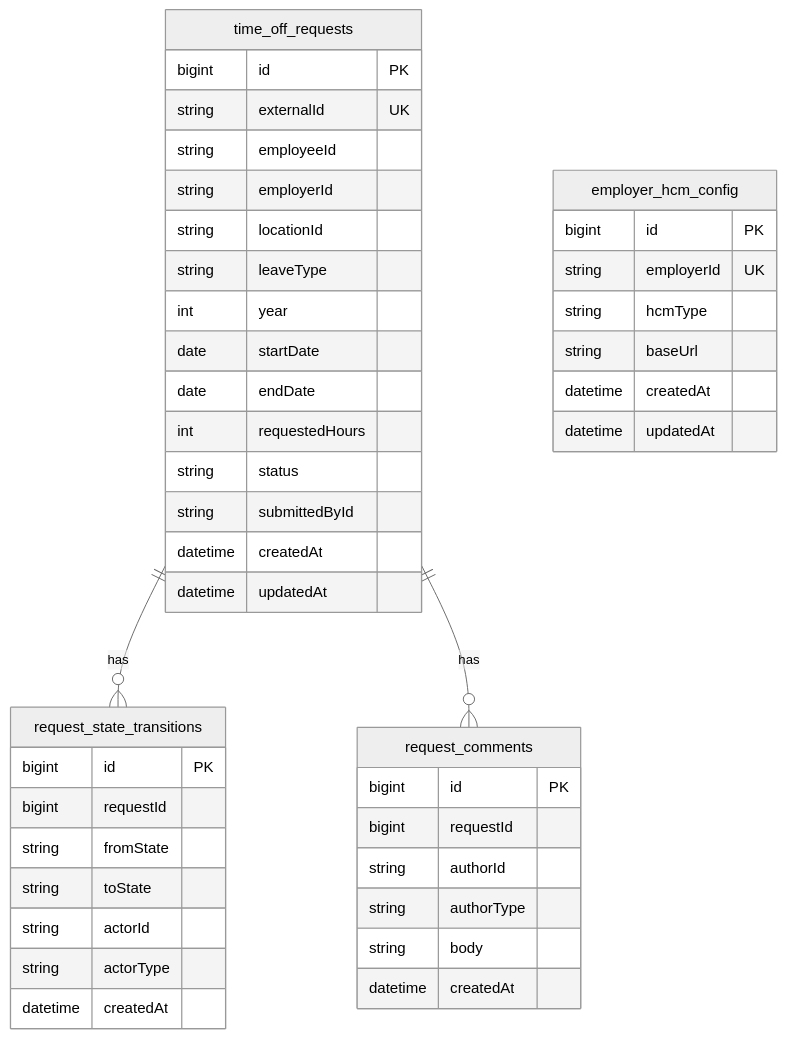
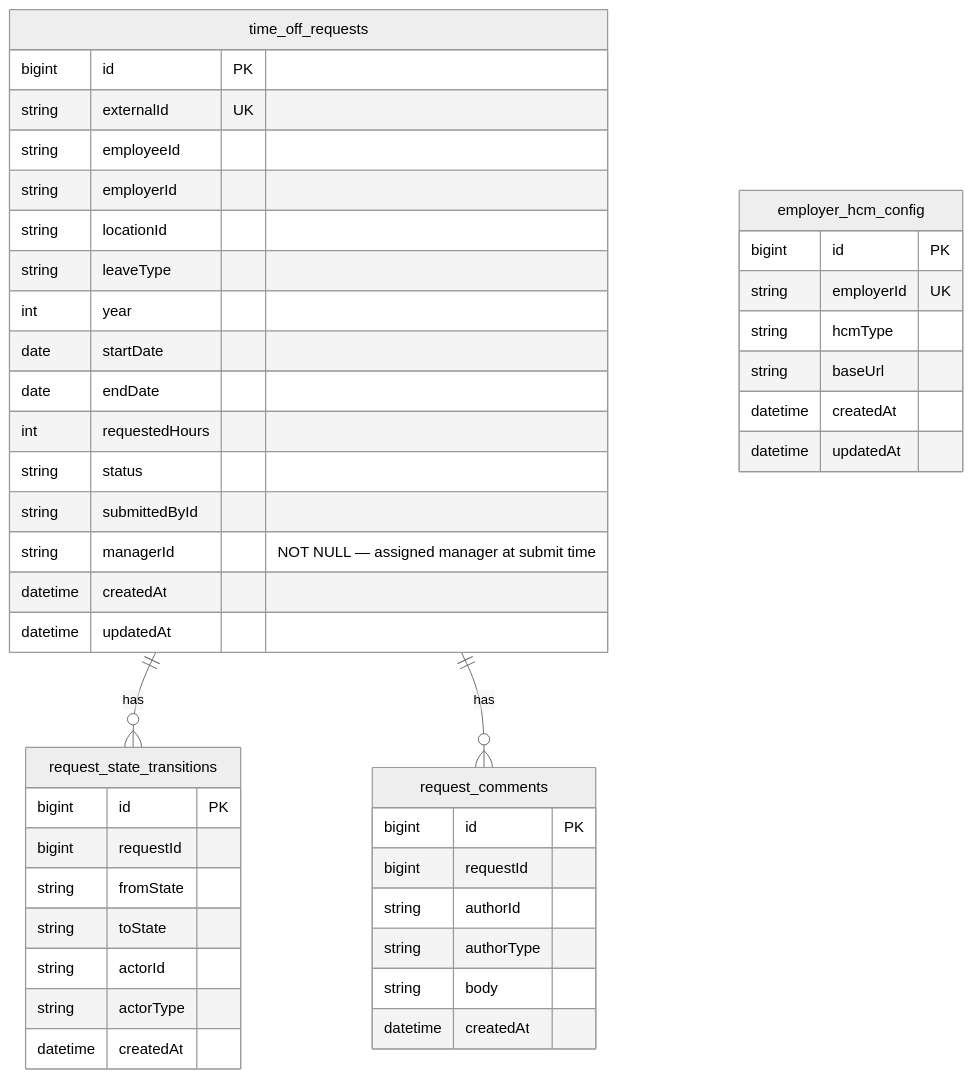
One commit to jayanth-veeravalli/time-off-service changed the second of 10 diagrams in docs/TRD.md. Above: the diagram before and after it, drawn with Mermaid (neutral theme). The commit also changed other lines of this file and 111 other files, not shown here.

````diff
--- a/docs/TRD.md
+++ b/docs/TRD.md
@@ -250,50 +248,51 @@
 ```mermaid
 erDiagram
     time_off_requests {
         bigint id PK
         string externalId UK
         string employeeId
         string employerId
         string locationId
         string leaveType
         int year
         date startDate
         date endDate
         int requestedHours
         string status
         string submittedById
+        string managerId "NOT NULL — assigned manager at submit time"
         datetime createdAt
         datetime updatedAt
     }
 
     request_state_transitions {
         bigint id PK
         bigint requestId
         string fromState
         string toState
         string actorId
         string actorType
         datetime createdAt
     }
 
     request_comments {
         bigint id PK
         bigint requestId
         string authorId
         string authorType
         string body
         datetime createdAt
     }
 
     employer_hcm_config {
         bigint id PK
         string employerId UK
         string hcmType
         string baseUrl
         datetime createdAt
         datetime updatedAt
     }
 
     time_off_requests ||--o{ request_state_transitions : "has"
     time_off_requests ||--o{ request_comments : "has"
 ```
````
